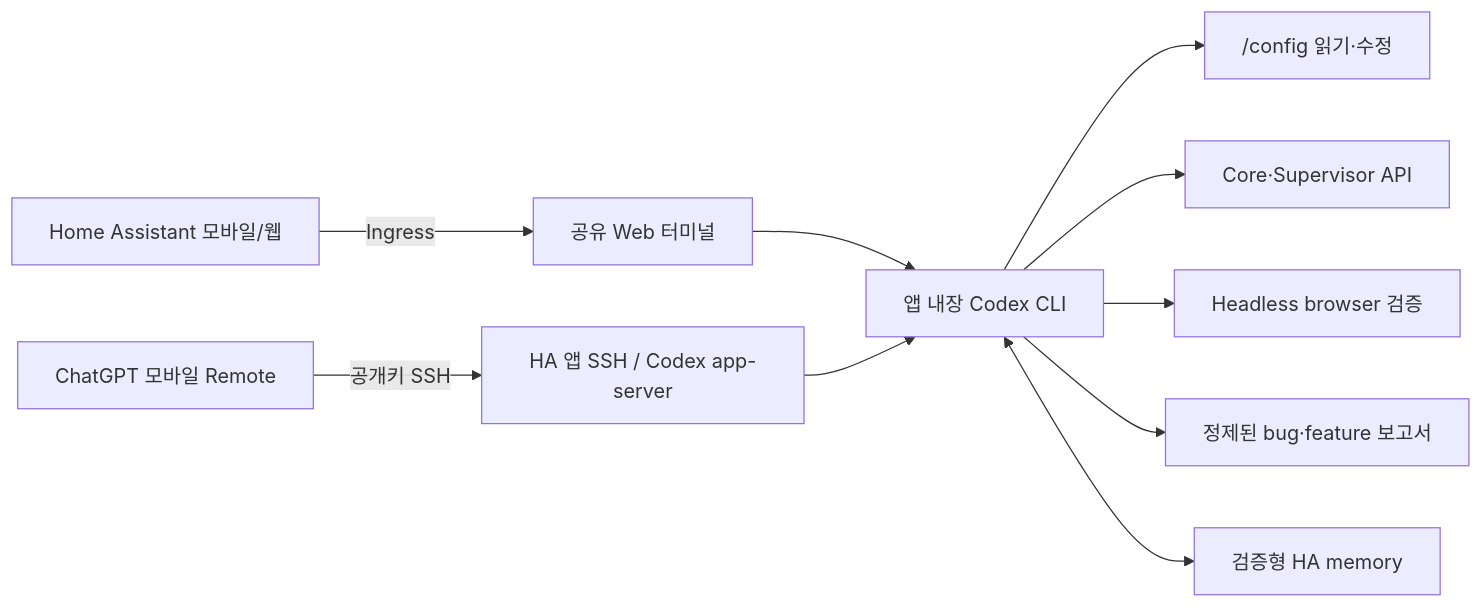
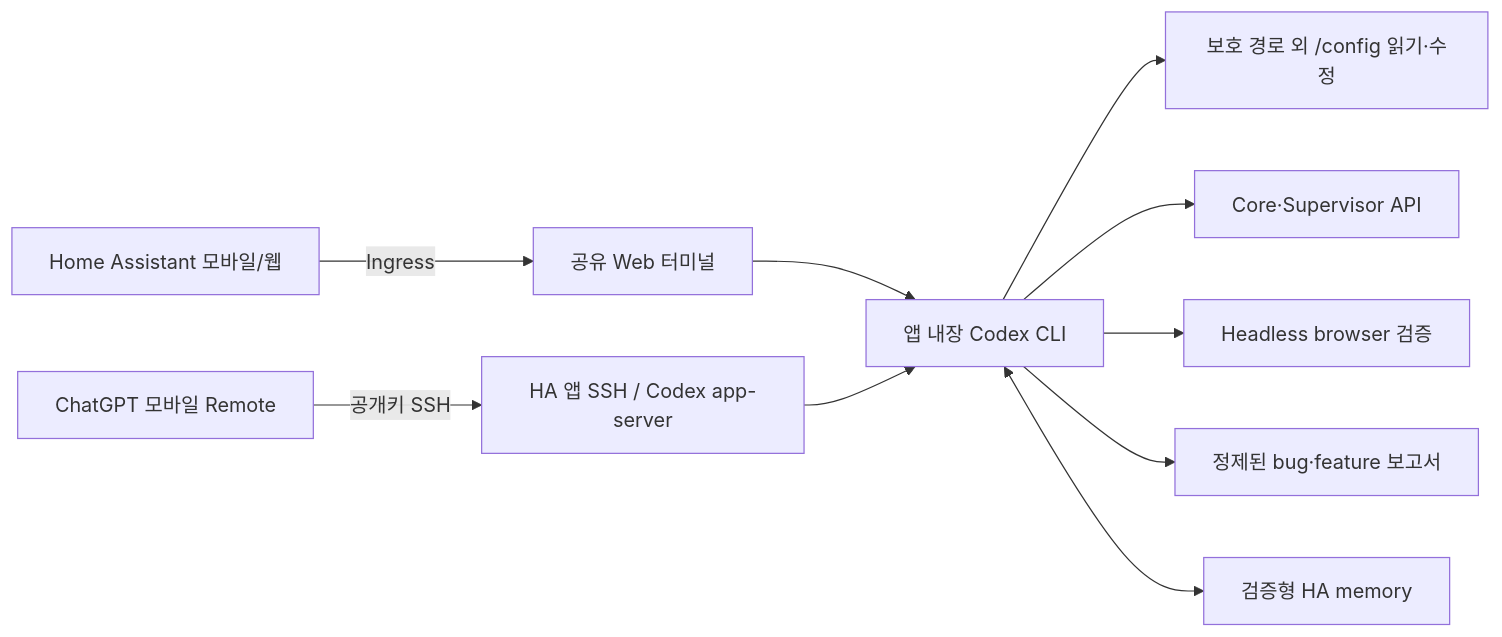
Before and after one commit to Kanu-Coffee/codex-for-home-assistant: the diagram in README.md, drawn with Mermaid. The commit also changed other lines of this file and 69 other files, not shown here.

````diff
--- a/README.md
+++ b/README.md
@@ -65,12 +65,12 @@
 ```mermaid
 flowchart LR
     M["Home Assistant 모바일/웹"] -->|Ingress| T["공유 Web 터미널"]
     P["ChatGPT 모바일 Remote"] -->|공개키 SSH| S["HA 앱 SSH / Codex app-server"]
     T --> C["앱 내장 Codex CLI"]
     S --> C
-    C --> F["/config 읽기·수정"]
+    C --> F["보호 경로 외 /config 읽기·수정"]
     C --> A["Core·Supervisor API"]
     C --> B["Headless browser 검증"]
     C --> R["정제된 bug·feature 보고서"]
     C <--> H["검증형 HA memory"]
 ```
````
